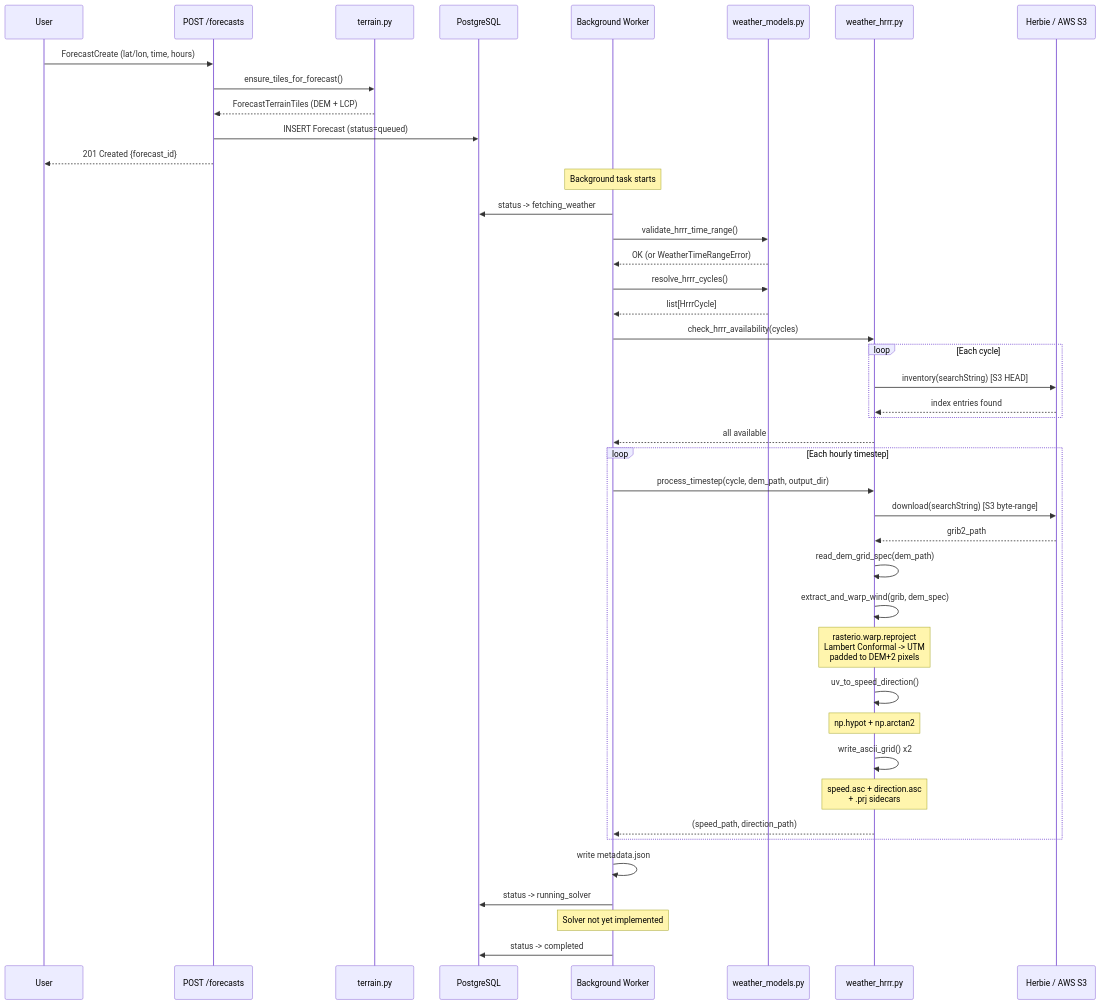
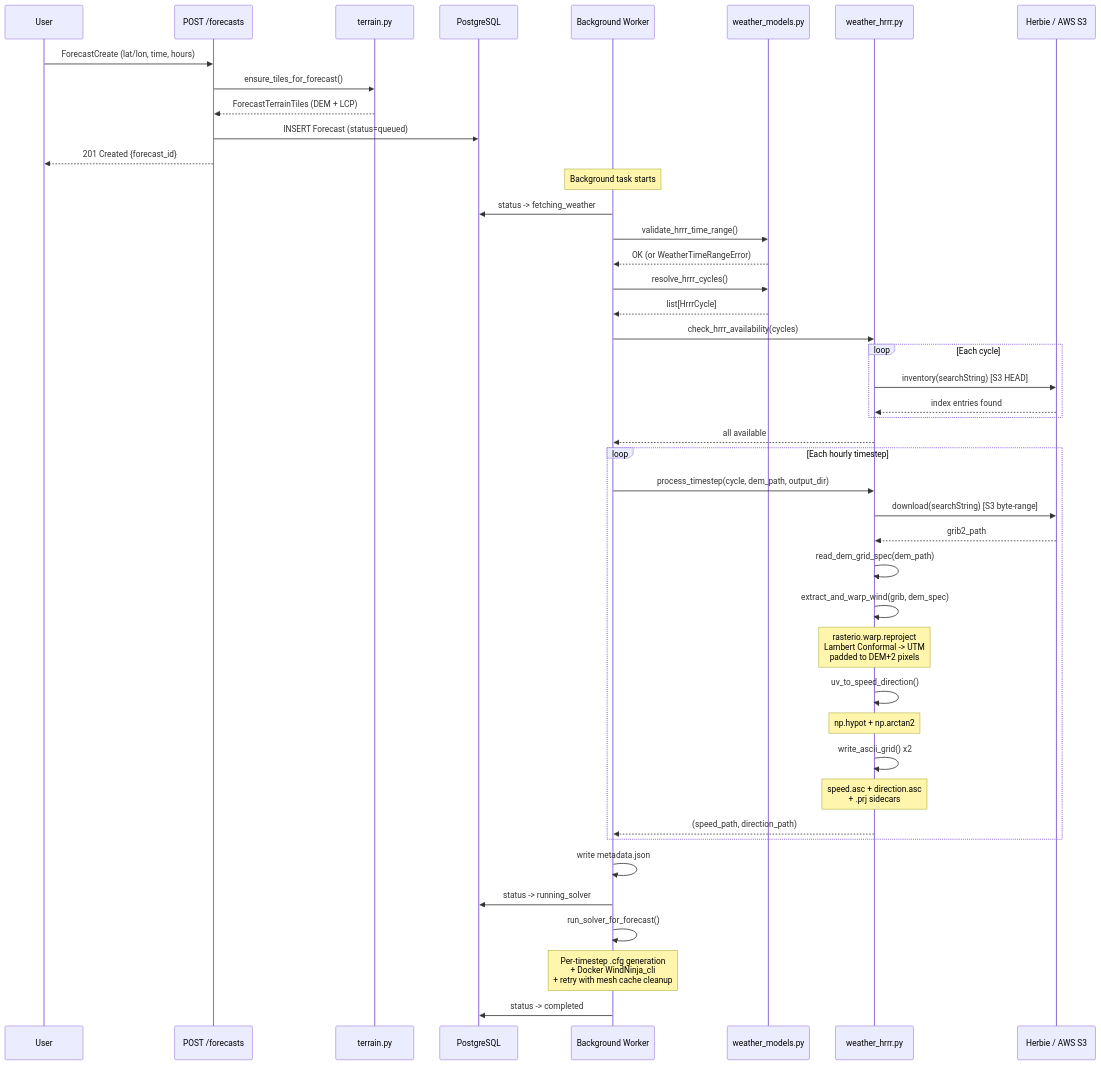
One commit to dave42299/mountain-windninja-app changed the diagram in docs/phase2-backend-design.md. Above: the diagram before and after it, drawn with Mermaid. The commit also changed other lines of this file and 7 other files, not shown here.

````diff
--- a/docs/phase2-backend-design.md
+++ b/docs/phase2-backend-design.md
@@ -350,51 +350,52 @@
 ```mermaid
 sequenceDiagram
     participant User
     participant API as POST /forecasts
     participant Terrain as terrain.py
     participant DB as PostgreSQL
     participant BG as Background Worker
     participant WM as weather_models.py
     participant WH as weather_hrrr.py
     participant Herbie as Herbie / AWS S3
 
     User->>API: ForecastCreate (lat/lon, time, hours)
     API->>Terrain: ensure_tiles_for_forecast()
     Terrain-->>API: ForecastTerrainTiles (DEM + LCP)
     API->>DB: INSERT Forecast (status=queued)
     API-->>User: 201 Created {forecast_id}
 
     Note over BG: Background task starts
 
     BG->>DB: status -> fetching_weather
     BG->>WM: validate_hrrr_time_range()
     WM-->>BG: OK (or WeatherTimeRangeError)
     BG->>WM: resolve_hrrr_cycles()
     WM-->>BG: list[HrrrCycle]
 
     BG->>WH: check_hrrr_availability(cycles)
     loop Each cycle
         WH->>Herbie: inventory(searchString) [S3 HEAD]
         Herbie-->>WH: index entries found
     end
     WH-->>BG: all available
 
     loop Each hourly timestep
         BG->>WH: process_timestep(cycle, dem_path, output_dir)
         WH->>Herbie: download(searchString) [S3 byte-range]
         Herbie-->>WH: grib2_path
         WH->>WH: read_dem_grid_spec(dem_path)
         WH->>WH: extract_and_warp_wind(grib, dem_spec)
         Note over WH: rasterio.warp.reproject<br/>Lambert Conformal -> UTM<br/>padded to DEM+2 pixels
         WH->>WH: uv_to_speed_direction()
         Note over WH: np.hypot + np.arctan2
         WH->>WH: write_ascii_grid() x2
         Note over WH: speed.asc + direction.asc<br/>+ .prj sidecars
         WH-->>BG: (speed_path, direction_path)
     end
 
     BG->>BG: write metadata.json
     BG->>DB: status -> running_solver
-    Note over BG: Solver not yet implemented
+    BG->>BG: run_solver_for_forecast()
+    Note over BG: Per-timestep .cfg generation<br/>+ Docker WindNinja_cli<br/>+ retry with mesh cache cleanup
     BG->>DB: status -> completed
 ```
````
